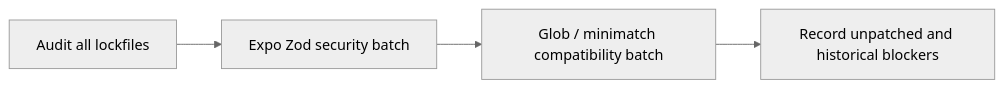
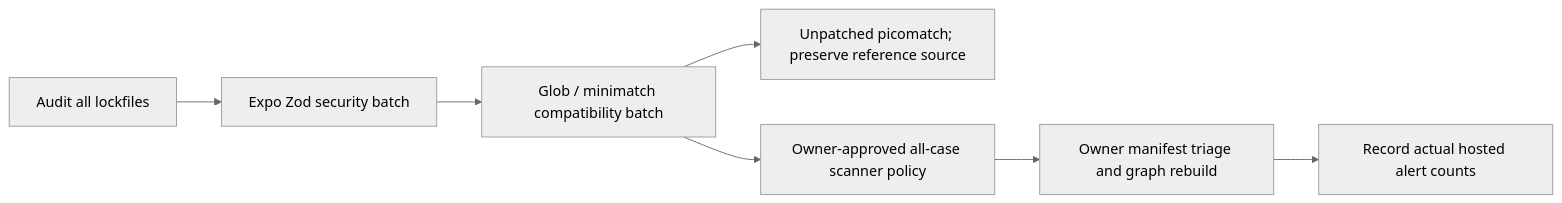
Before and after one commit to Resnovas/Eventiva: the second of 17 diagrams in docs/planning/timeline.md, drawn with Mermaid (neutral theme). The commit also changed other lines of this file and 8 other files, not shown here.

````diff
--- a/docs/planning/timeline.md
+++ b/docs/planning/timeline.md
@@ -46,6 +48,9 @@
 ```mermaid
 flowchart LR
     Inventory["Audit all lockfiles"] --> Zod["Expo Zod security batch"]
     Zod --> Matchers["Glob / minimatch compatibility batch"]
-    Matchers --> Residual["Record unpatched and historical blockers"]
+    Matchers --> Residual["Unpatched picomatch; preserve reference source"]
+    Matchers --> Policy["Owner-approved all-case scanner policy"]
+    Policy --> Triage["Owner manifest triage and graph rebuild"]
+    Triage --> Count["Record actual hosted alert counts"]
 ```
````
